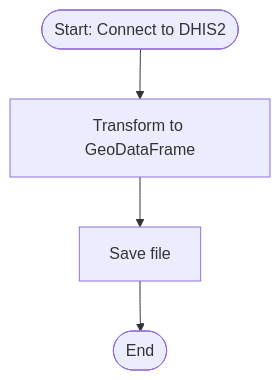
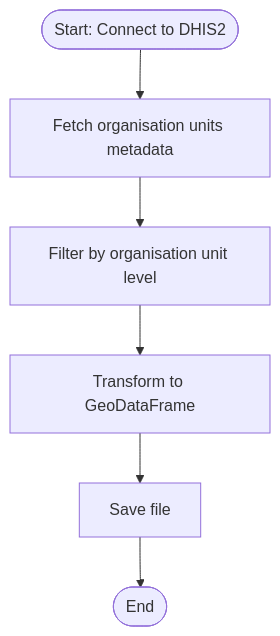
The diagram in dhis2_shapes_extract/README.md (BLSQ/openhexa-templates-ds), drawn with Mermaid before and after one commit. The commit also changed other lines of this file and 8 other files, not shown here.

````diff
--- a/dhis2_shapes_extract/README.md
+++ b/dhis2_shapes_extract/README.md
@@ -31,7 +35,9 @@
 ```mermaid
 flowchart TD
     A([Start: Connect to DHIS2]) --> 
-    B[Transform to GeoDataFrame] --> 
-    C[Save file] --> 
-    D([End])
+    B[Fetch organisation units metadata] -->
+    C[Filter by organisation unit level] -->
+    D[Transform to GeoDataFrame] --> 
+    E[Save file] --> 
+    F([End])
 ```
````
